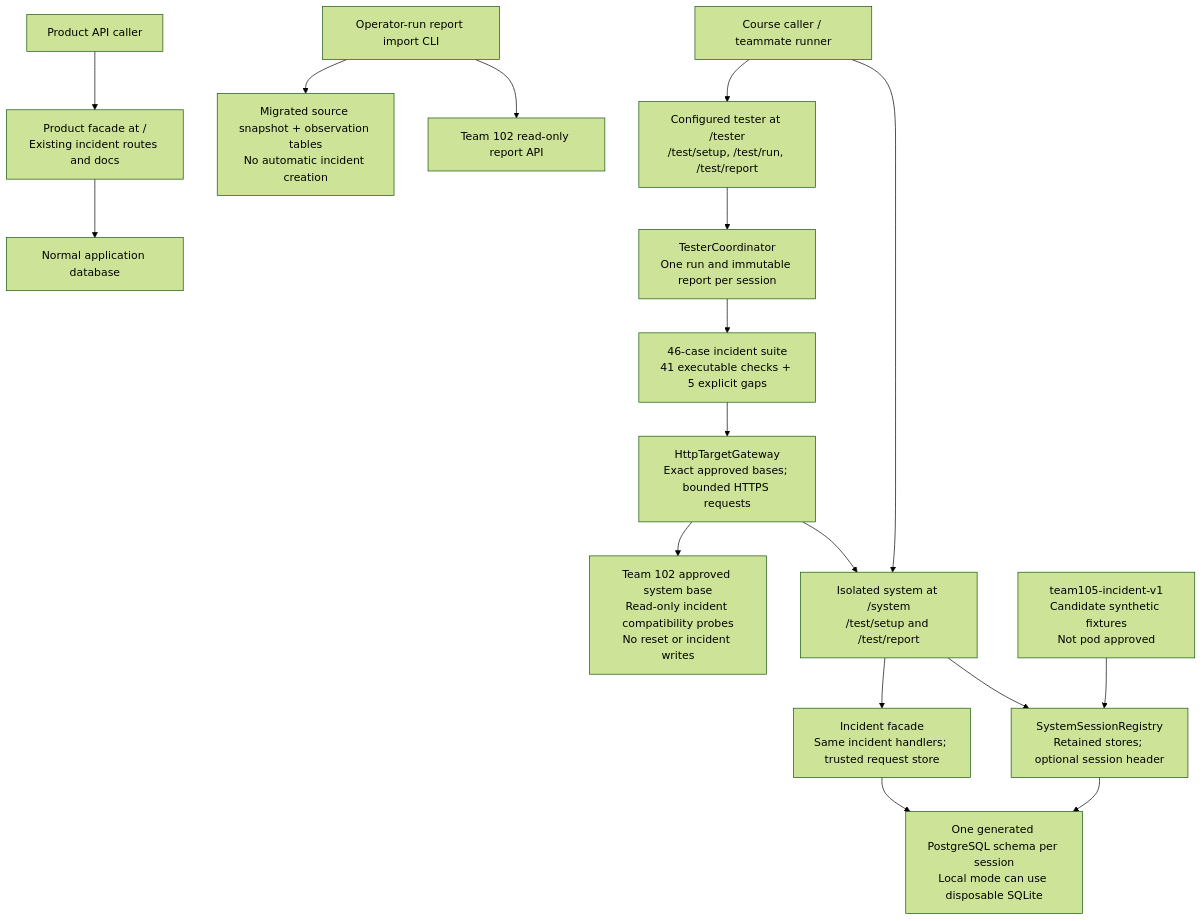
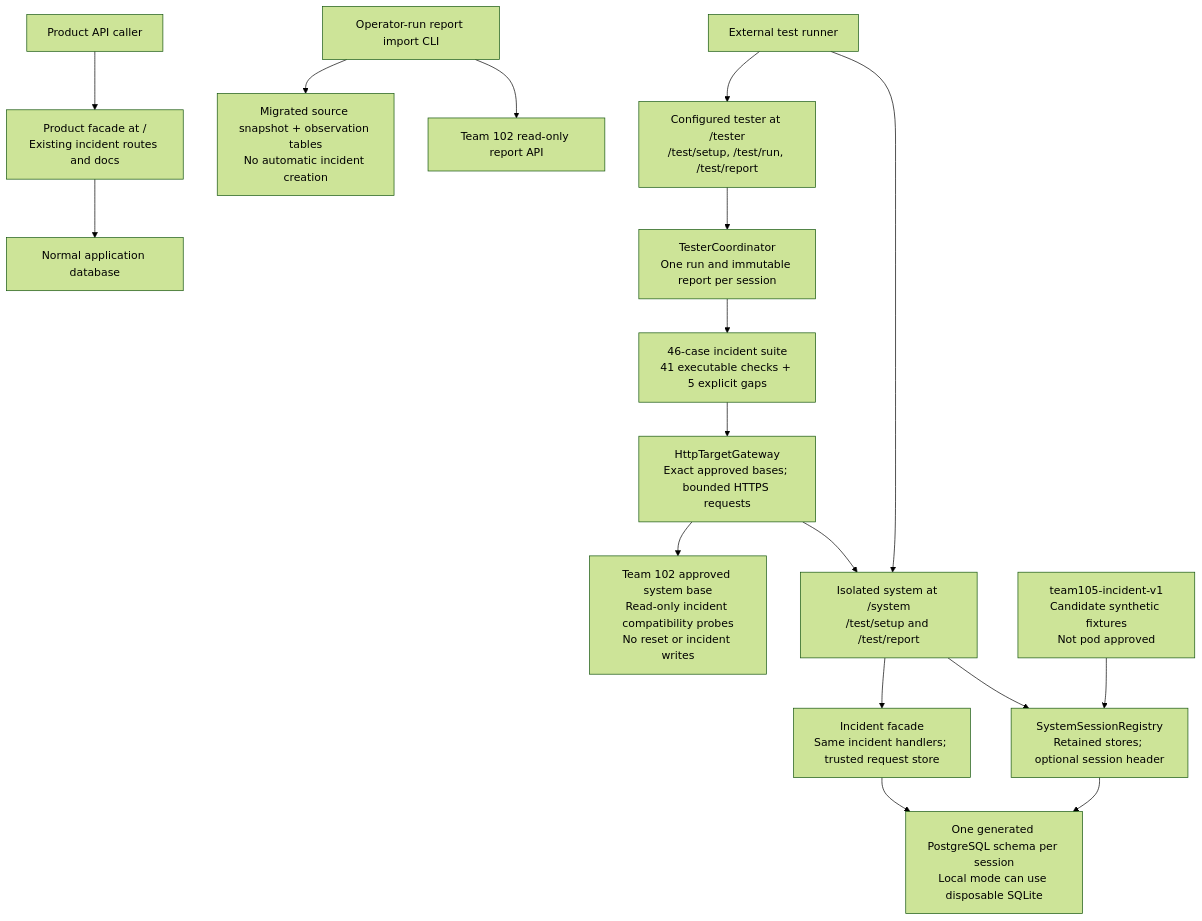
One commit to Paradrake2/sec450-incident-api changed the diagram in docs/models/architecture.mmd. Above: the diagram before and after it, drawn with Mermaid (forest theme). The commit also changed 14 other files, not shown here.

```diff
--- a/docs/models/architecture.mmd
+++ b/docs/models/architecture.mmd
@@ -1,17 +1,17 @@
 flowchart TB
     caller["Product API caller"] --> root["Product facade at /\nExisting incident routes and docs"]
-    runner["Course caller / teammate runner"] --> system["Isolated system at /system\n/test/setup and /test/report"]
+    runner["External test runner"] --> system["Isolated system at /system\n/test/setup and /test/report"]
     runner --> tester["Configured tester at /tester\n/test/setup, /test/run, /test/report"]
     system --> registry["SystemSessionRegistry\nRetained stores; optional session header"]
     registry --> scoped["One generated PostgreSQL schema per session\nLocal mode can use disposable SQLite"]
     system --> isolated["Incident facade\nSame incident handlers; trusted request store"]
     isolated --> scoped
     root --> normal["Normal application database"]
     tester --> coordinator["TesterCoordinator\nOne run and immutable report per session"]
     coordinator --> suite["46-case incident suite\n41 executable checks + 5 explicit gaps"]
     suite --> gateway["HttpTargetGateway\nExact approved bases; bounded HTTPS requests"]
     gateway --> system
     gateway --> peer["Team 102 approved system base\nRead-only incident compatibility probes\nNo reset or incident writes"]
     fixtures["team105-incident-v1\nCandidate synthetic fixtures\nNot pod approved"] --> registry
     manual["Operator-run report import CLI"] --> source["Team 102 read-only report API"]
     manual --> evidence["Migrated source snapshot + observation tables\nNo automatic incident creation"]
```
